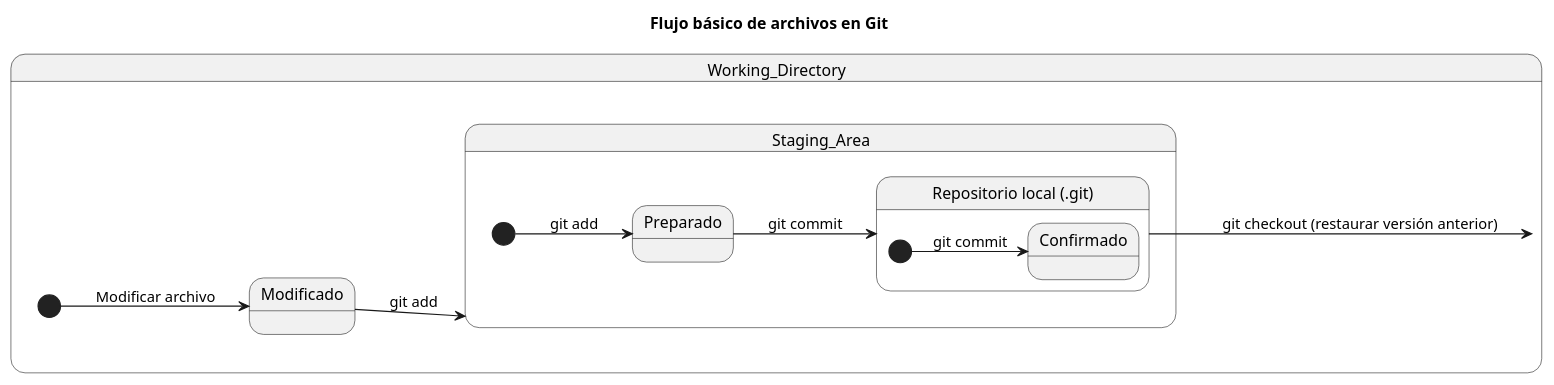
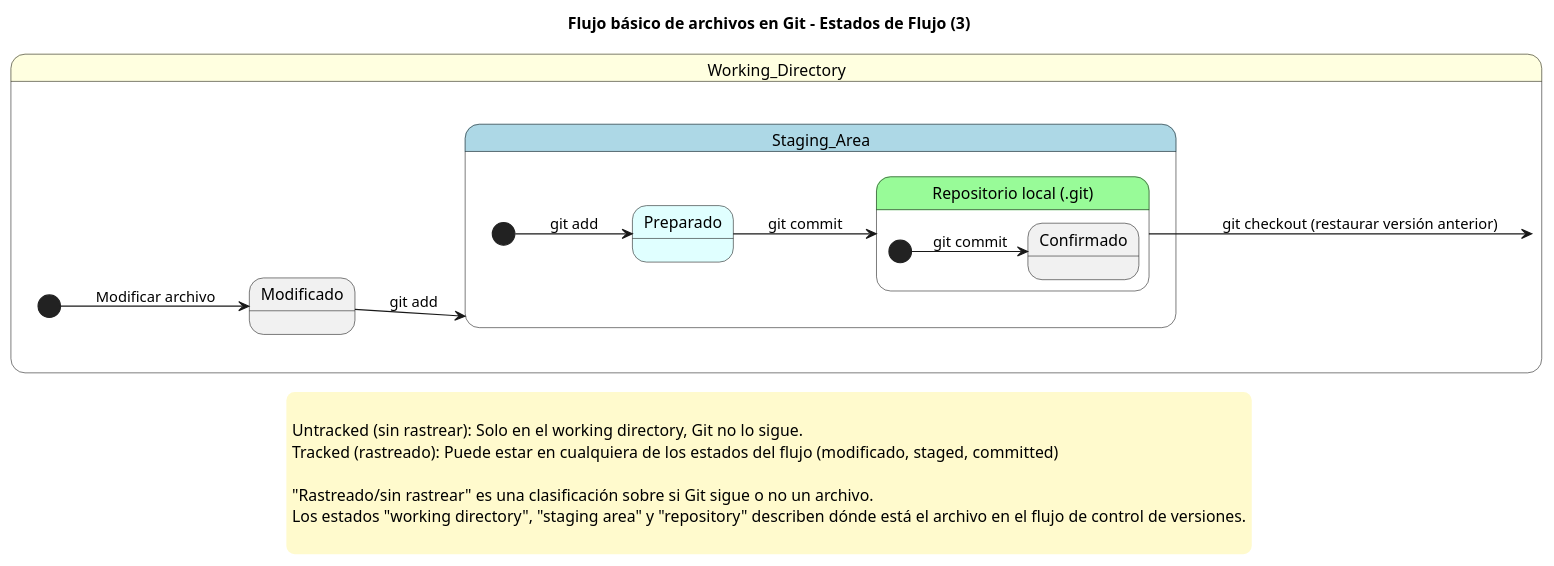
Before and after one commit to luisgomezgithub/CursoGit: the first of 5 diagrams in 9.Conceptos_GIT.puml, drawn with PlantUML. The commit also changed other lines of this file and 13 other files, not shown here.

```diff
--- a/9.Conceptos_GIT.puml
+++ b/9.Conceptos_GIT.puml
@@ -1,21 +1,34 @@
 @startuml
-title Flujo básico de archivos en Git
+skinparam legendBackgroundColor #FFFACD  
+skinparam legendBorderColor none  
+
+title Flujo básico de archivos en Git - Estados de Flujo (3)
 left to right direction
 
-state Working_Directory {
+state Working_Directory  #lightyellow {
   [*] --> Modificado : Modificar archivo
   Modificado --> Staging_Area : git add
 }
 
-state Staging_Area {
-  [*] --> Preparado : git add
+state Staging_Area #lightblue {
+  [*] --> Preparado #LightCyan : git add
   Preparado --> Repository : git commit
 }
 
-state Repository as "Repositorio local (.git)" {
+state Repository as "Repositorio local (.git)" #palegreen {
   [*] --> Confirmado : git commit
 }
 
 Repository --> Working_Directory : git checkout (restaurar versión anterior)
 
+legend
+
+Untracked (sin rastrear): Solo en el working directory, Git no lo sigue.
+Tracked (rastreado): Puede estar en cualquiera de los estados del flujo (modificado, staged, committed)
+
+"Rastreado/sin rastrear" es una clasificación sobre si Git sigue o no un archivo.
+Los estados "working directory", "staging area" y "repository" describen dónde está el archivo en el flujo de control de versiones.
+
+end legend
+
 @enduml
```
